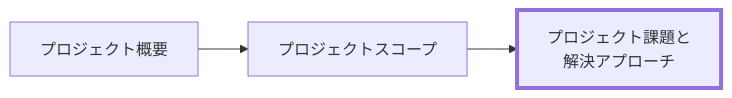
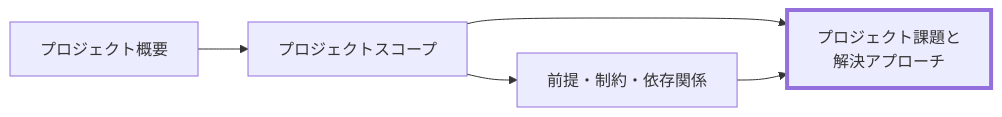
One commit to specdojo/specdojo changed the diagram in docs/ja/specdojo/rulebooks/prj-issues-and-approach-rulebook.md. Above: the diagram before and after it, drawn with Mermaid. The commit also changed other lines of this file and 4 other files, not shown here.

````diff
--- a/docs/ja/specdojo/rulebooks/prj-issues-and-approach-rulebook.md
+++ b/docs/ja/specdojo/rulebooks/prj-issues-and-approach-rulebook.md
@@ -35,11 +35,15 @@
 ```mermaid
 flowchart LR
   POV["プロジェクト概要"]
   PSC["プロジェクトスコープ"]
+  ACD["前提・制約・依存関係"]
   PIA["プロジェクト課題と<br>解決アプローチ"]
 
-  POV --> PSC --> PIA
+  POV --> PSC
+  PSC --> ACD
+  PSC --> PIA
+  ACD --> PIA
 
   classDef target stroke-width:4px
   class PIA target
 ```
````
